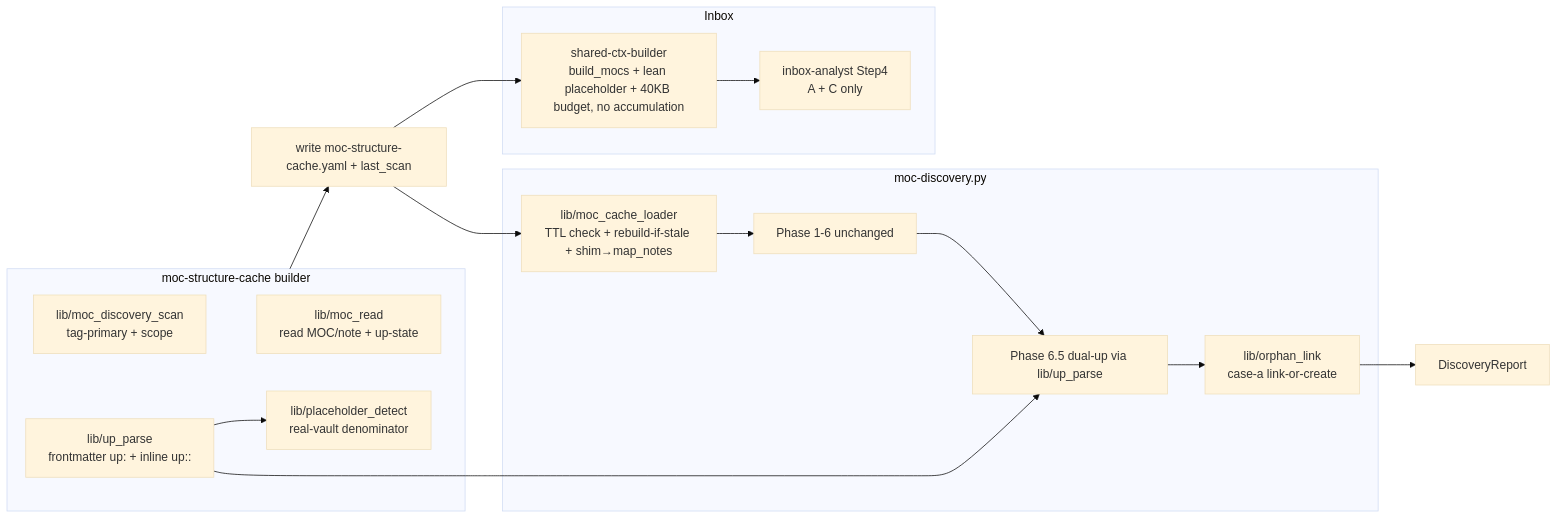
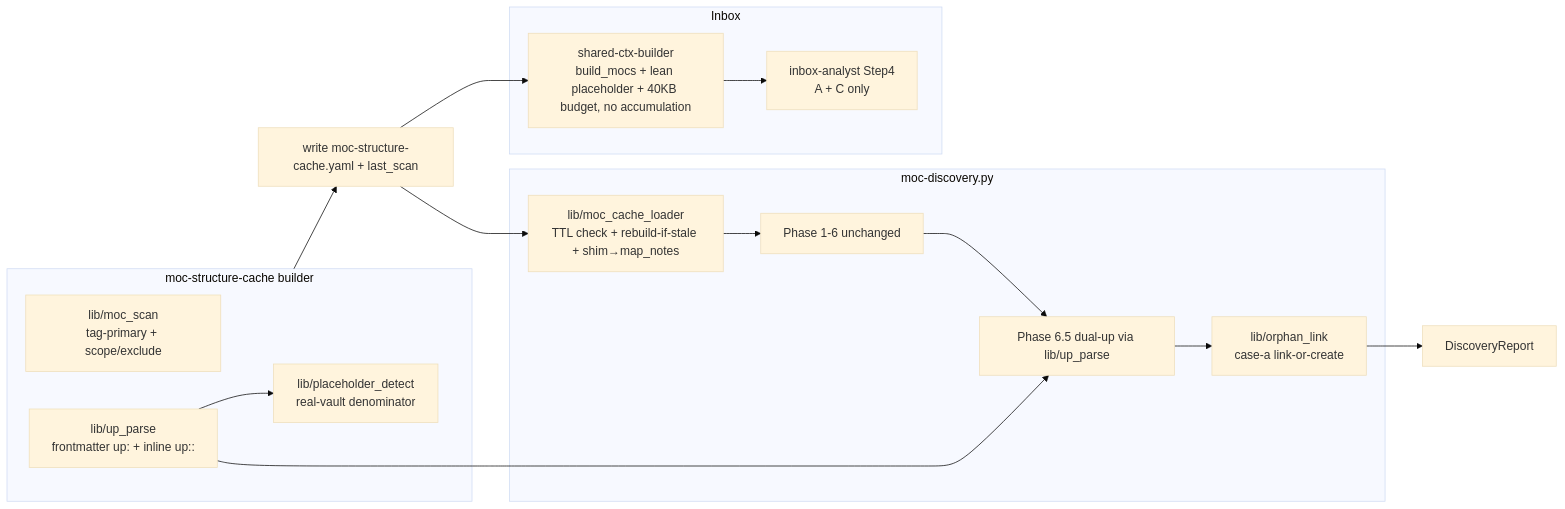
One commit to MMoMM-org/miyo-tomo changed the second of 3 diagrams in docs/XDD/specs/021-moc-propose-consolidation/solution.md. Above: the diagram before and after it, drawn with Mermaid (base theme). The commit also changed other lines of this file and 7 other files, not shown here.

````diff
--- a/docs/XDD/specs/021-moc-propose-consolidation/solution.md
+++ b/docs/XDD/specs/021-moc-propose-consolidation/solution.md
@@ -151,27 +151,26 @@
 ```mermaid
 graph LR
     subgraph Builder[moc-structure-cache builder]
-      Disc1[lib/moc_discovery_scan<br/>tag-primary + scope]
-      Read1[lib/moc_read<br/>read MOC/note + up-state]
+      Scan[lib/moc_scan<br/>tag-primary + scope/exclude]
       Place[lib/placeholder_detect<br/>real-vault denominator]
       Up[lib/up_parse<br/>frontmatter up: + inline up::]
     end
     Builder --> CacheW[write moc-structure-cache.yaml + last_scan]
 
     subgraph Propose[moc-discovery.py]
       TTL[lib/moc_cache_loader<br/>TTL check + rebuild-if-stale + shim→map_notes]
       P1[Phase 1-6 unchanged]
       P65[Phase 6.5 dual-up via lib/up_parse]
       CaseA[lib/orphan_link<br/>case-a link-or-create]
     end
     CacheW --> TTL
     TTL --> P1 --> P65 --> CaseA --> Report[DiscoveryReport]
 
     subgraph Inbox
       SC[shared-ctx-builder<br/>build_mocs + lean placeholder + 40KB budget, no accumulation]
       IA[inbox-analyst Step4<br/>A + C only]
     end
     CacheW --> SC --> IA
     Up --> Place
     Up --> P65
 ```
````
